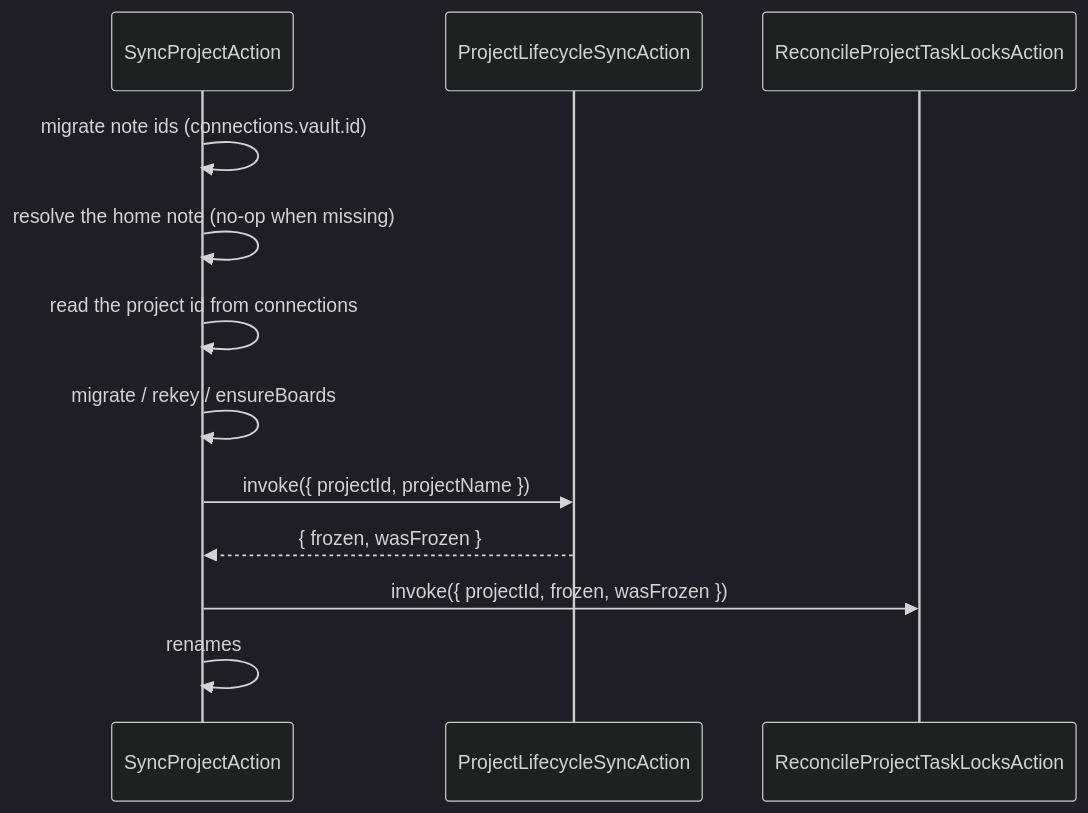
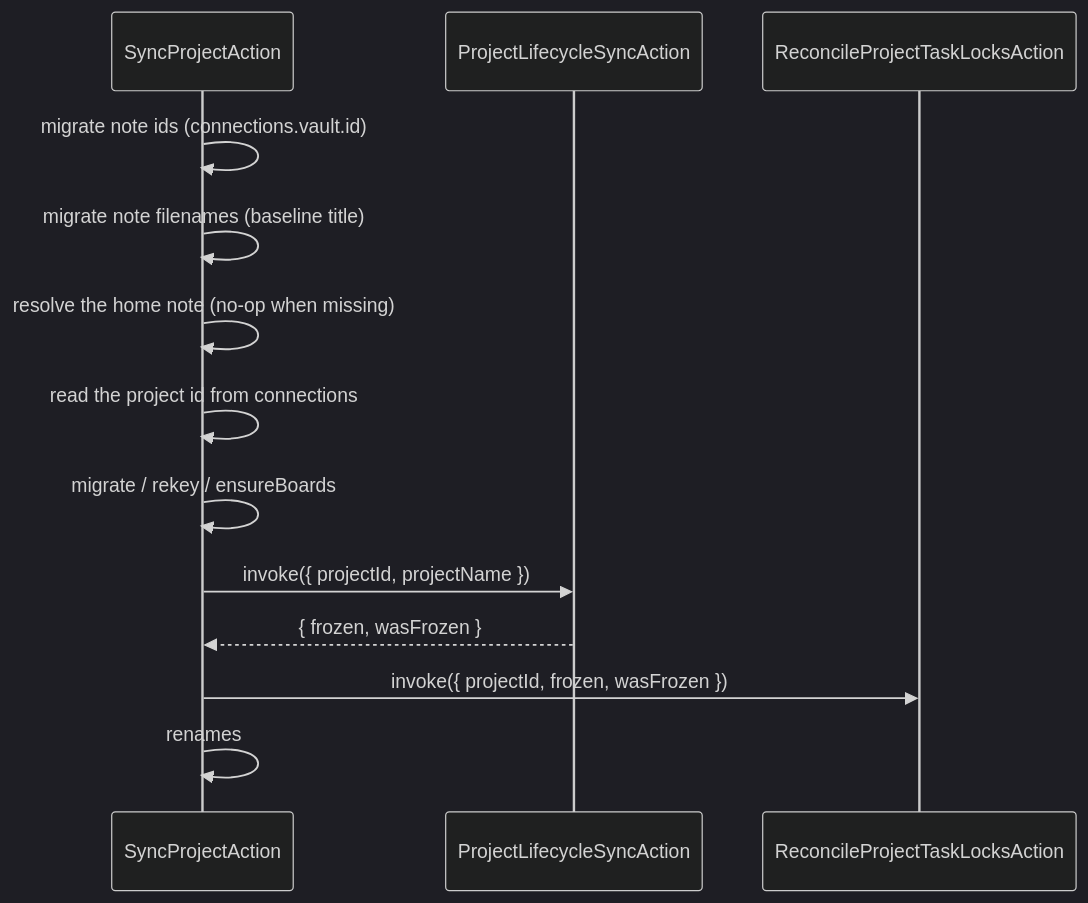
Before and after one commit to 99linesofcode/obsidian-project-management: the second of 16 diagrams in docs/developer-manual.md, drawn with Mermaid (dark theme). The commit also changed other lines of this file and 11 other files, not shown here.

````diff
--- a/docs/developer-manual.md
+++ b/docs/developer-manual.md
@@ -209,15 +210,16 @@
 ```mermaid
 sequenceDiagram
   participant SP as SyncProjectAction
   participant Life as ProjectLifecycleSyncAction
   participant Lock as ReconcileProjectTaskLocksAction
 
   SP->>SP: migrate note ids (connections.vault.id)
+  SP->>SP: migrate note filenames (baseline title)
   SP->>SP: resolve the home note (no-op when missing)
   SP->>SP: read the project id from connections
   SP->>SP: migrate / rekey / ensureBoards
   SP->>Life: invoke({ projectId, projectName })
   Life-->>SP: { frozen, wasFrozen }
   SP->>Lock: invoke({ projectId, frozen, wasFrozen })
   SP->>SP: renames
 ```
````
